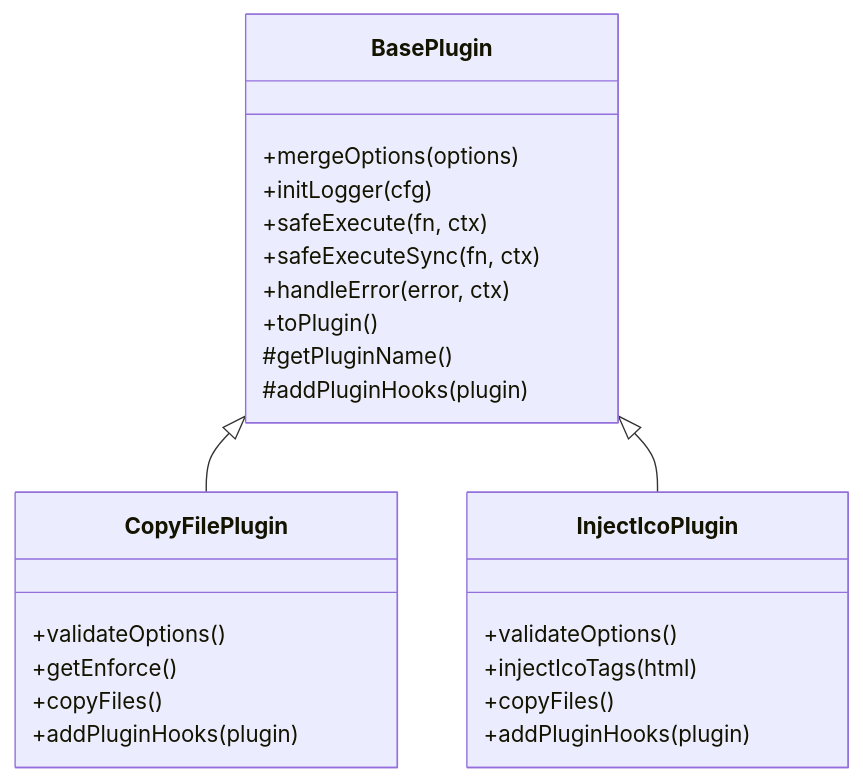
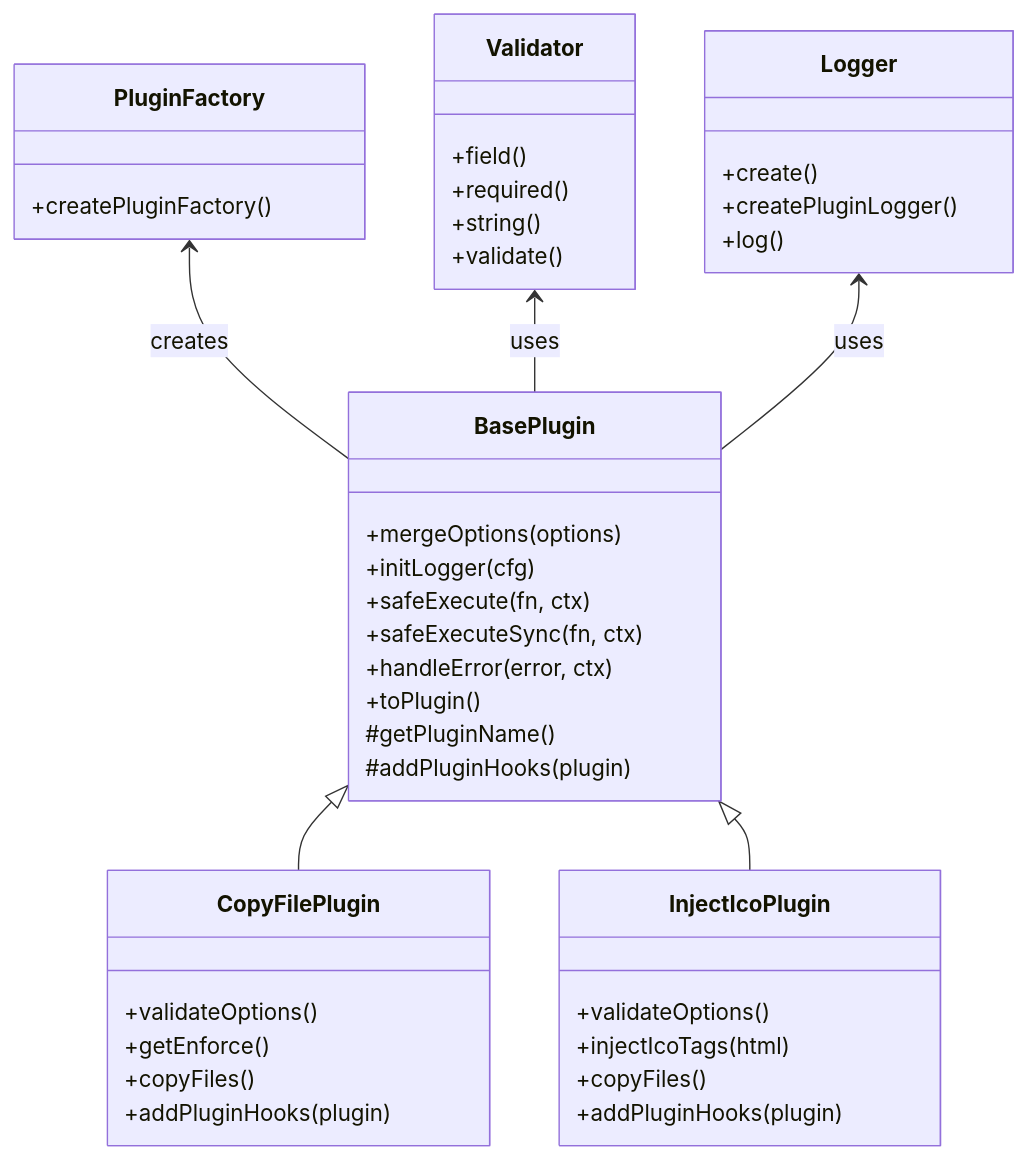
The fifth of 5 diagrams in .qoder/repowiki/zh/content/示例与案例/示例与案例.md (MengXi-Studio/vite-plugin), drawn with Mermaid before and after one commit. The commit also changed other lines of this file and 6 other files, not shown here.

````diff
--- a/.qoder/repowiki/zh/content/示例与案例/示例与案例.md
+++ b/.qoder/repowiki/zh/content/示例与案例/示例与案例.md
@@ -204,27 +253,44 @@
 ```mermaid
 classDiagram
 class BasePlugin {
 +mergeOptions(options)
 +initLogger(cfg)
 +safeExecute(fn, ctx)
 +safeExecuteSync(fn, ctx)
 +handleError(error, ctx)
 +toPlugin()
 #getPluginName()
 #addPluginHooks(plugin)
 }
 class CopyFilePlugin {
 +validateOptions()
 +getEnforce()
 +copyFiles()
 +addPluginHooks(plugin)
 }
 class InjectIcoPlugin {
 +validateOptions()
 +injectIcoTags(html)
 +copyFiles()
 +addPluginHooks(plugin)
 }
+class PluginFactory {
++createPluginFactory()
+}
+class Validator {
++field()
++required()
++string()
++validate()
+}
+class Logger {
++create()
++createPluginLogger()
++log()
+}
 BasePlugin <|-- CopyFilePlugin
 BasePlugin <|-- InjectIcoPlugin
+PluginFactory <-- BasePlugin : creates
+Validator <-- BasePlugin : uses
+Logger <-- BasePlugin : uses
 ```
````
